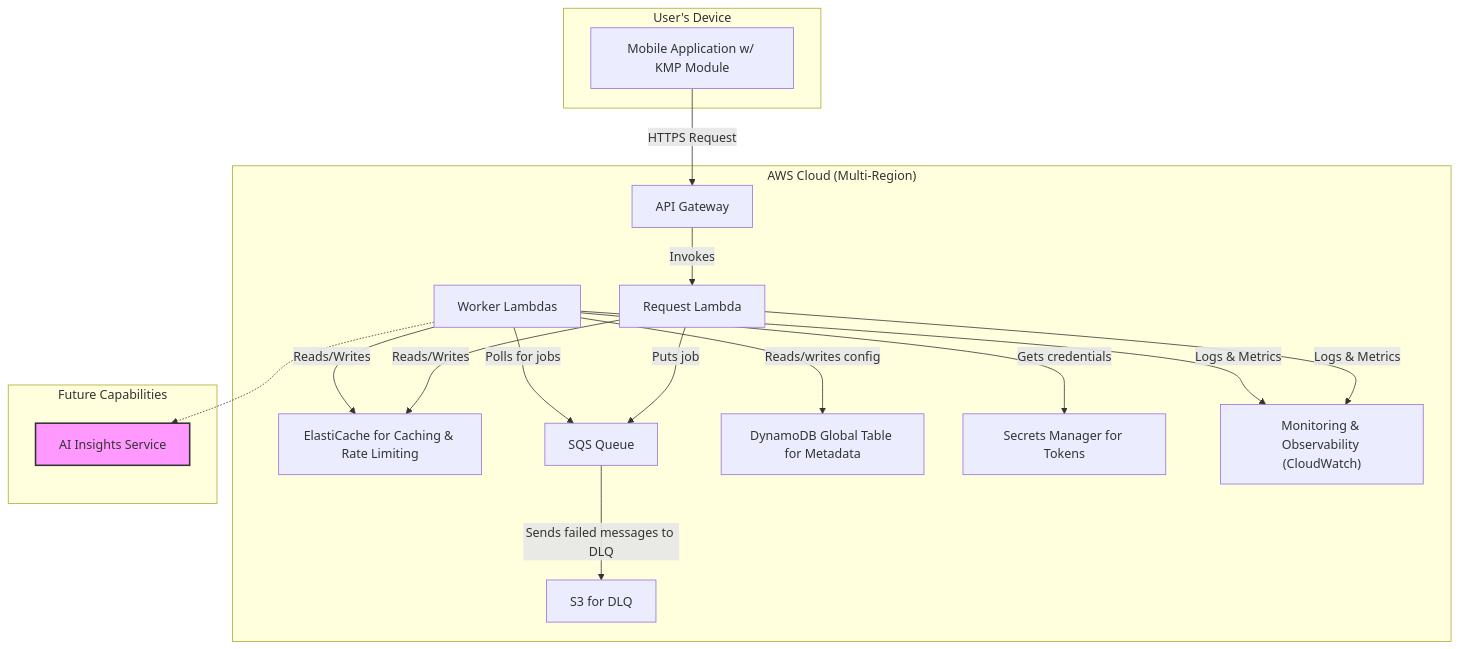
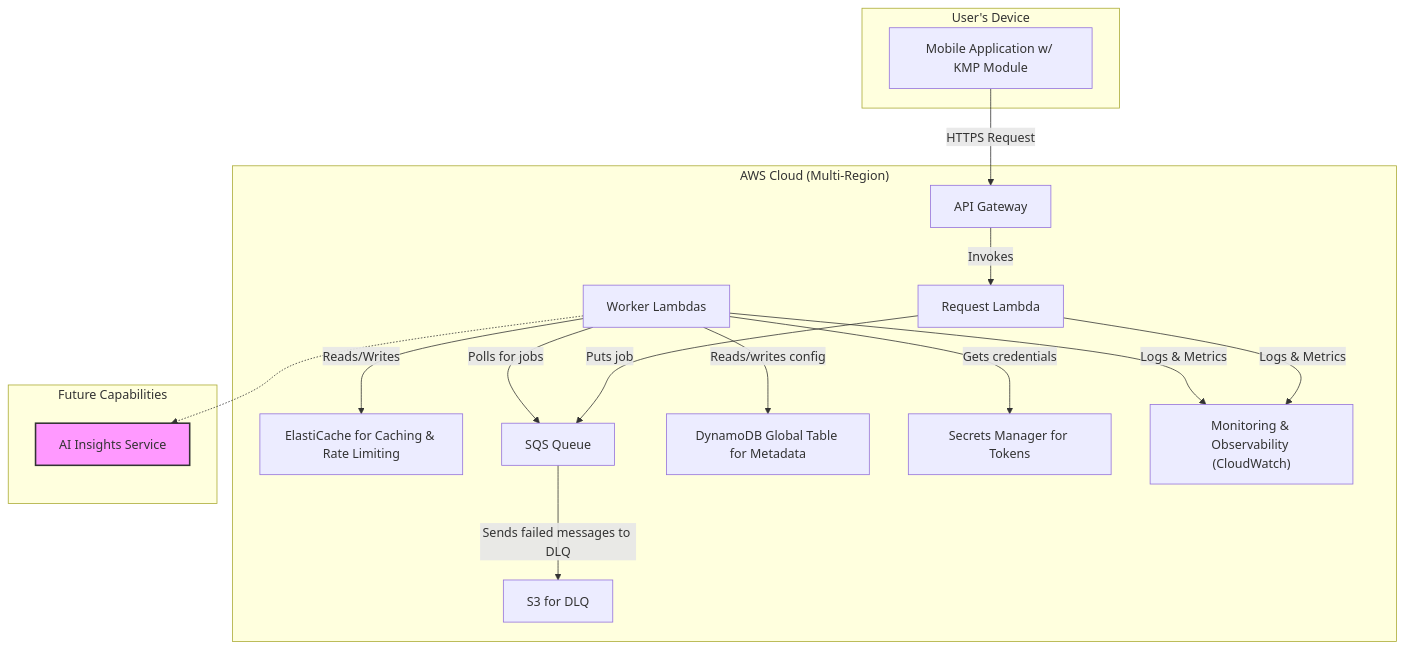
Before and after one commit to dino10bit/healthsync: the second of 4 diagrams in 06-technical-architecture.md, drawn with Mermaid. The commit also changed other lines of this file and 6 other files, not shown here.

````diff
--- a/06-technical-architecture.md
+++ b/06-technical-architecture.md
@@ -67,37 +67,36 @@
 ```mermaid
 graph TD
     subgraph "AWS Cloud (Multi-Region)"
         APIGateway[API Gateway]
         ElastiCache[ElastiCache for Caching & Rate Limiting]
         RequestLambda[Request Lambda]
         SQSQueue[SQS Queue]
         WorkerLambda[Worker Lambdas]
         DynamoDB[DynamoDB Global Table for Metadata]
         SecretsManager[Secrets Manager for Tokens]
         S3[S3 for DLQ]
         Observability["Monitoring & Observability (CloudWatch)"]
     end
 
     subgraph "Future Capabilities"
         style AI_Service fill:#f9f,stroke:#333,stroke-width:2px
         AI_Service[AI Insights Service]
     end
 
     subgraph "User's Device"
         MobileApp[Mobile Application w/ KMP Module]
     end
 
     MobileApp -- HTTPS Request --> APIGateway
     APIGateway -- Invokes --> RequestLambda
     RequestLambda -- Puts job --> SQSQueue
-    RequestLambda -- Reads/Writes --> ElastiCache
     WorkerLambda -- Polls for jobs --> SQSQueue
     WorkerLambda -- Reads/writes config --> DynamoDB
     WorkerLambda -- Gets credentials --> SecretsManager
     WorkerLambda -- Reads/Writes --> ElastiCache
     WorkerLambda -.-> AI_Service
     SQSQueue -- Sends failed messages to DLQ --> S3
 
     RequestLambda -- Logs & Metrics --> Observability
     WorkerLambda -- Logs & Metrics --> Observability
 ```
````
